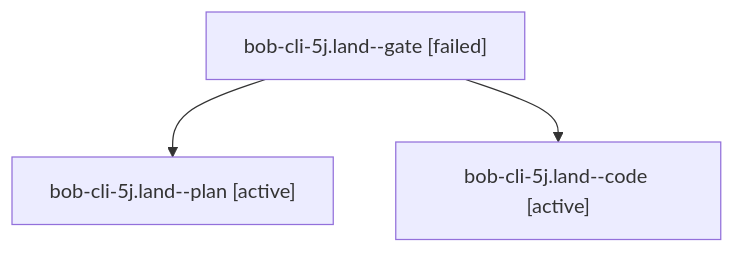
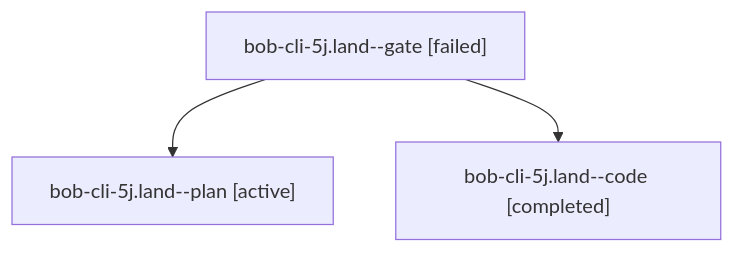
Before and after one commit to bobs-org/bob-cli--agents: the diagram in sessions/bbugyi200.athena.bob-cli-5j.land.md, drawn with Mermaid. The commit also changed other lines of this file and 29 other files, not shown here.

````diff
--- a/sessions/bbugyi200.athena.bob-cli-5j.land.md
+++ b/sessions/bbugyi200.athena.bob-cli-5j.land.md
@@ -9,8 +9,8 @@
 ```mermaid
 flowchart TD
   n0["bob-cli-5j.land--gate [failed]"]
   n1["bob-cli-5j.land--plan [active]"]
   n0 --> n1
-  n2["bob-cli-5j.land--code [active]"]
+  n2["bob-cli-5j.land--code [completed]"]
   n0 --> n2
 ```
````
